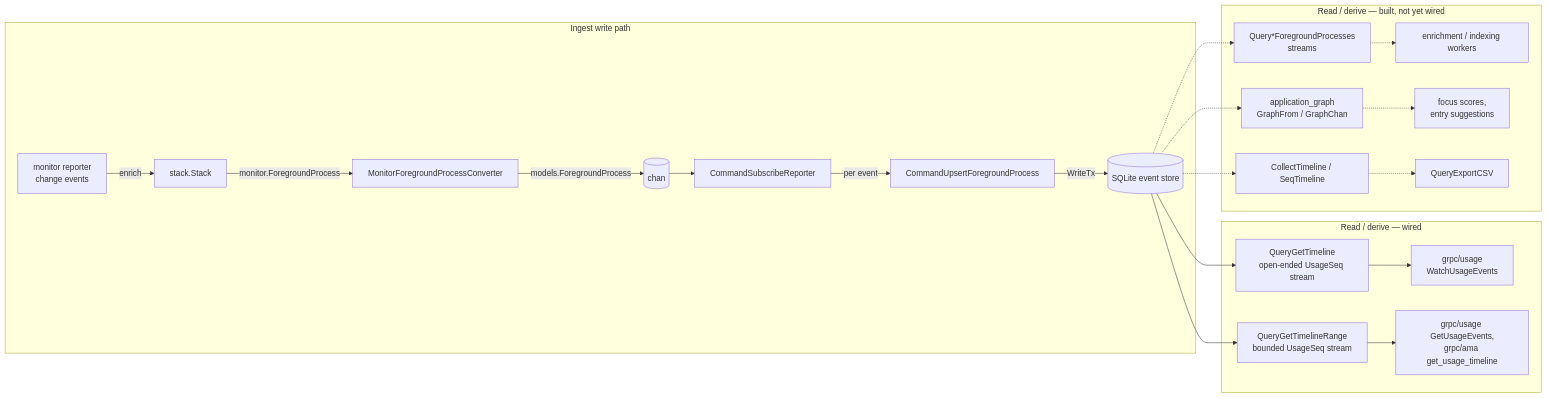
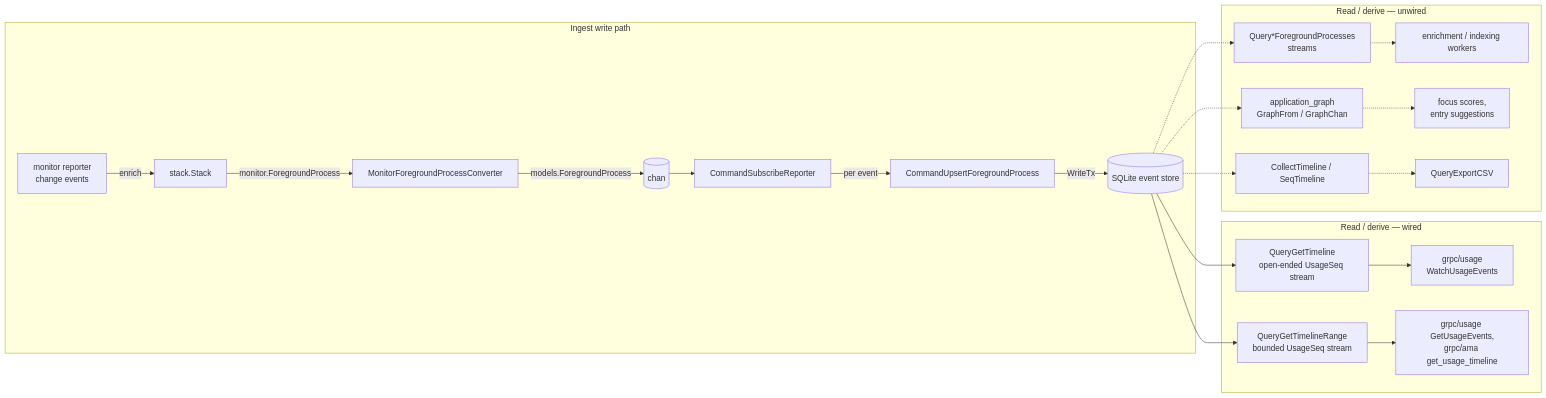
Before and after one commit to skulpturenz/timeboxxing: the first of 2 diagrams in sidecar/components/timeline/README.md, drawn with Mermaid. The commit also changed other lines of this file and 24 other files, not shown here.

````diff
--- a/sidecar/components/timeline/README.md
+++ b/sidecar/components/timeline/README.md
@@ -46,20 +46,20 @@
 ```mermaid
 flowchart LR
     subgraph ingest [Ingest write path]
         R[monitor reporter<br/>change events] -->|enrich| E[stack.Stack]
         E -->|monitor.ForegroundProcess| CV[MonitorForegroundProcessConverter]
         CV -->|models.ForegroundProcess| CH[(chan)]
         CH --> SR[CommandSubscribeReporter]
         SR -->|per event| UP[CommandUpsertForegroundProcess]
         UP -->|WriteTx| DB[(SQLite event store)]
     end
     subgraph derive [Read / derive — wired]
         DB --> GT[QueryGetTimeline<br/>open-ended UsageSeq stream] --> WU[grpc/usage<br/>WatchUsageEvents]
         DB --> GR[QueryGetTimelineRange<br/>bounded UsageSeq stream] --> RU[grpc/usage GetUsageEvents,<br/>grpc/ama get_usage_timeline]
     end
-    subgraph planned [Read / derive — built, not yet wired]
+    subgraph planned [Read / derive — unwired]
         DB -.-> UN[Query*ForegroundProcesses<br/>streams] -.-> W[enrichment / indexing workers]
         DB -.-> AG[application_graph<br/>GraphFrom / GraphChan] -.-> M[focus scores,<br/>entry suggestions]
         DB -.-> CT[CollectTimeline / SeqTimeline] -.-> CSV[QueryExportCSV]
     end
 ```
````
